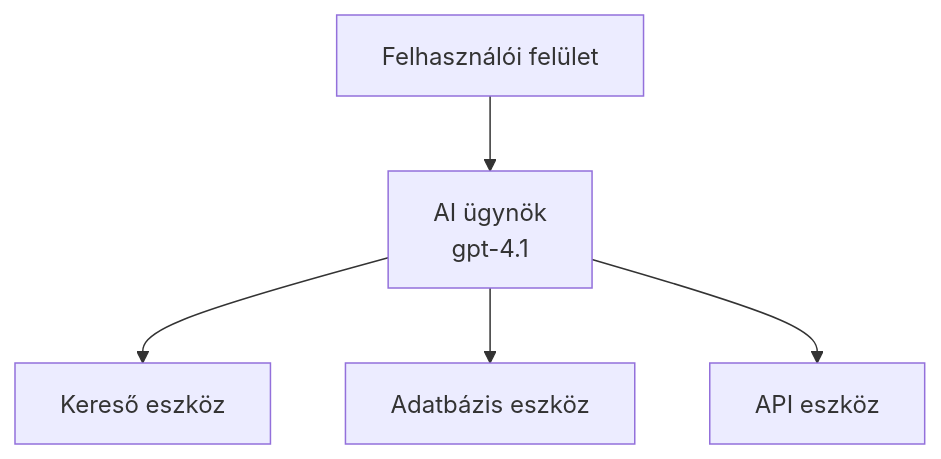
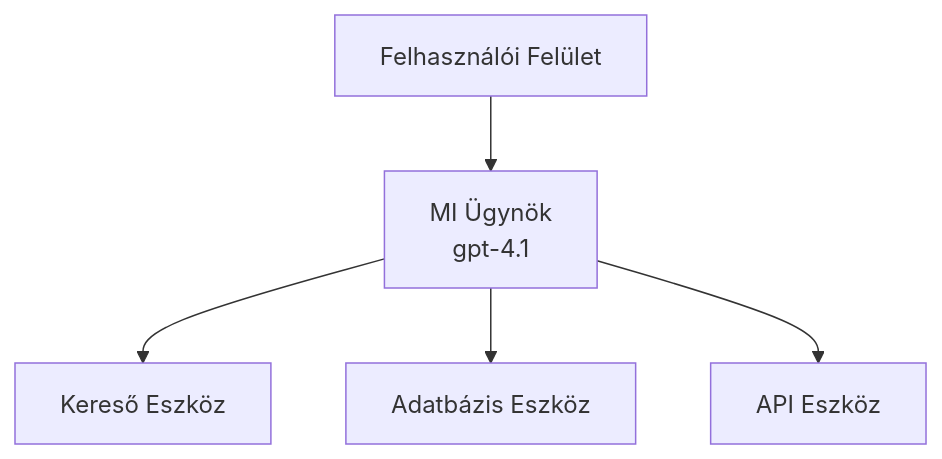
The first of 3 diagrams in translations/hu/docs/chapter-02-ai-development/agents.md (microsoft/AZD-for-beginners), drawn with Mermaid before and after one commit. The commit also changed other lines of this file and 104 other files, not shown here.

````diff
--- a/translations/hu/docs/chapter-02-ai-development/agents.md
+++ b/translations/hu/docs/chapter-02-ai-development/agents.md
@@ -157,7 +162,7 @@
 ```mermaid
 graph TD
-    UI[Felhasználói felület] --> Agent[AI ügynök<br/>gpt-4.1]
-    Agent --> Search[Kereső eszköz]
-    Agent --> Database[Adatbázis eszköz]
-    Agent --> API[API eszköz]
+    UI[Felhasználói Felület] --> Agent[MI Ügynök<br/>gpt-4.1]
+    Agent --> Search[Kereső Eszköz]
+    Agent --> Database[Adatbázis Eszköz]
+    Agent --> API[API Eszköz]
 ```
````
